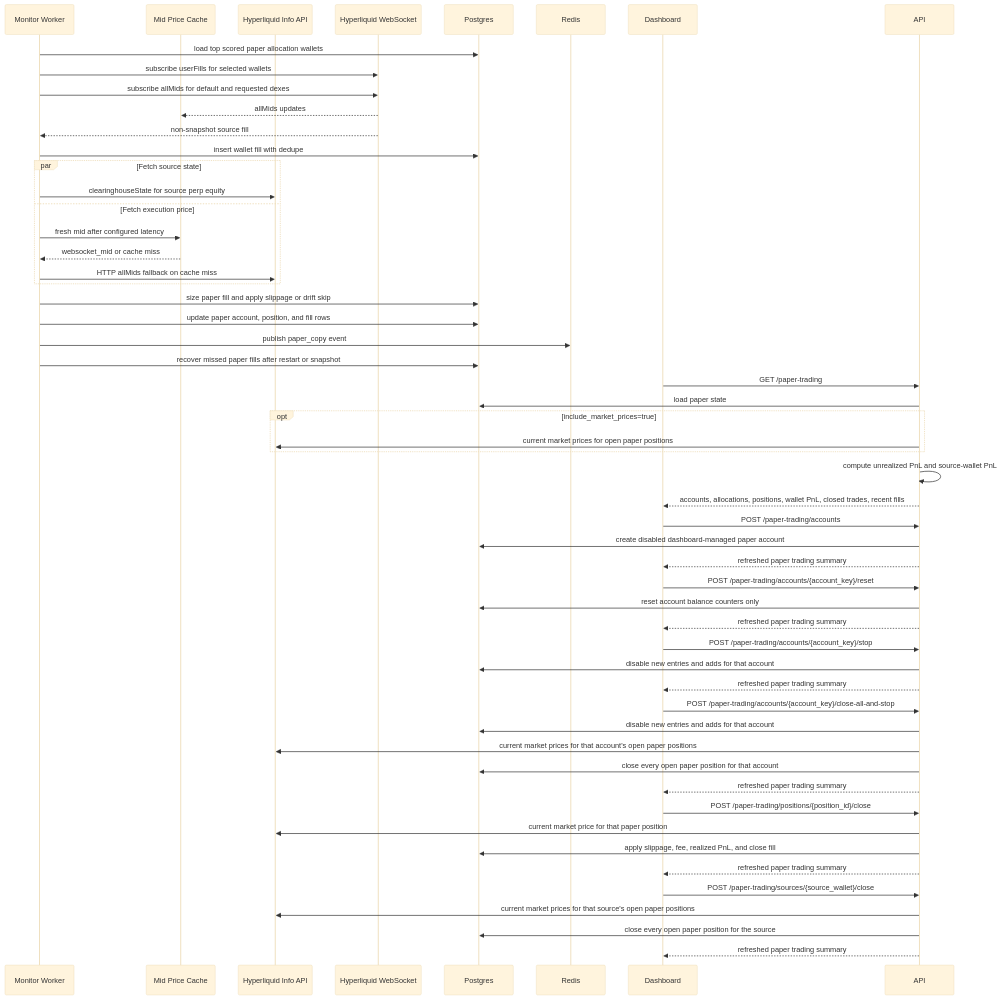
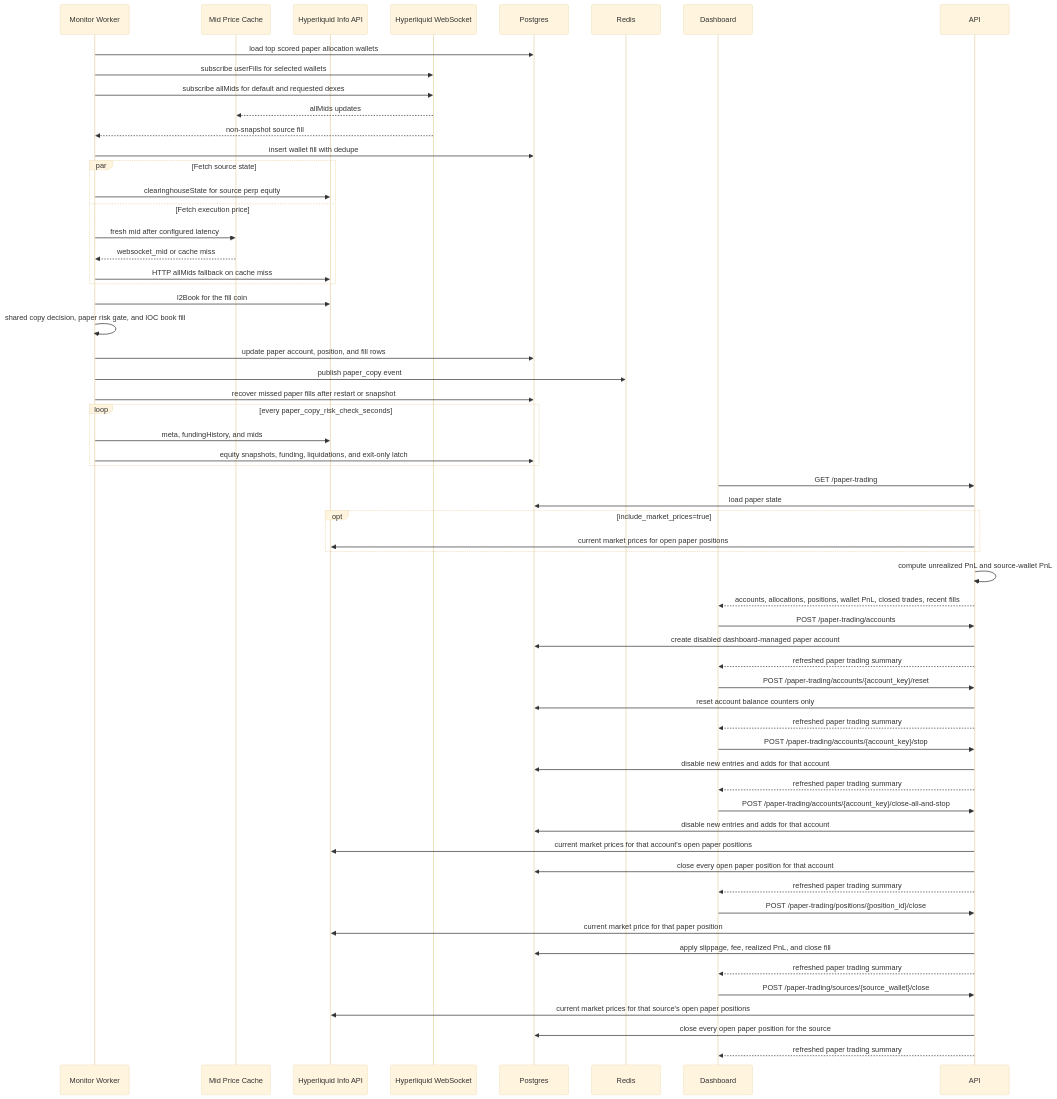
One commit to DrottPoker/copytrading-agent changed the tenth of 10 diagrams in docs/architecture.md. Above: the diagram before and after it, drawn with Mermaid (base theme). The commit also changed other lines of this file and 37 other files, not shown here.

First line of the commit message:
Share copy decisions between paper and live and simulate the paper market

````diff
--- a/docs/architecture.md
+++ b/docs/architecture.md
@@ -975,57 +1002,62 @@
 ```mermaid
 sequenceDiagram
   participant Worker as Monitor Worker
   participant PriceCache as Mid Price Cache
   participant HL as Hyperliquid Info API
   participant WS as Hyperliquid WebSocket
   participant DB as Postgres
   participant Redis as Redis
   participant UI as Dashboard
 
   Worker->>DB: load top scored paper allocation wallets
   Worker->>WS: subscribe userFills for selected wallets
   Worker->>WS: subscribe allMids for default and requested dexes
   WS-->>PriceCache: allMids updates
   WS-->>Worker: non-snapshot source fill
   Worker->>DB: insert wallet fill with dedupe
   par Fetch source state
     Worker->>HL: clearinghouseState for source perp equity
   and Fetch execution price
     Worker->>PriceCache: fresh mid after configured latency
     PriceCache-->>Worker: websocket_mid or cache miss
     Worker->>HL: HTTP allMids fallback on cache miss
   end
-  Worker->>DB: size paper fill and apply slippage or drift skip
+  Worker->>HL: l2Book for the fill coin
+  Worker->>Worker: shared copy decision, paper risk gate, and IOC book fill
   Worker->>DB: update paper account, position, and fill rows
   Worker->>Redis: publish paper_copy event
   Worker->>DB: recover missed paper fills after restart or snapshot
+  loop every paper_copy_risk_check_seconds
+    Worker->>HL: meta, fundingHistory, and mids
+    Worker->>DB: equity snapshots, funding, liquidations, and exit-only latch
+  end
   UI->>API: GET /paper-trading
   API->>DB: load paper state
   opt include_market_prices=true
     API->>HL: current market prices for open paper positions
   end
   API->>API: compute unrealized PnL and source-wallet PnL
   API-->>UI: accounts, allocations, positions, wallet PnL, closed trades, recent fills
   UI->>API: POST /paper-trading/accounts
   API->>DB: create disabled dashboard-managed paper account
   API-->>UI: refreshed paper trading summary
   UI->>API: POST /paper-trading/accounts/{account_key}/reset
   API->>DB: reset account balance counters only
   API-->>UI: refreshed paper trading summary
   UI->>API: POST /paper-trading/accounts/{account_key}/stop
   API->>DB: disable new entries and adds for that account
   API-->>UI: refreshed paper trading summary
   UI->>API: POST /paper-trading/accounts/{account_key}/close-all-and-stop
   API->>DB: disable new entries and adds for that account
   API->>HL: current market prices for that account's open paper positions
   API->>DB: close every open paper position for that account
   API-->>UI: refreshed paper trading summary
   UI->>API: POST /paper-trading/positions/{position_id}/close
   API->>HL: current market price for that paper position
   API->>DB: apply slippage, fee, realized PnL, and close fill
   API-->>UI: refreshed paper trading summary
   UI->>API: POST /paper-trading/sources/{source_wallet}/close
   API->>HL: current market prices for that source's open paper positions
   API->>DB: close every open paper position for the source
   API-->>UI: refreshed paper trading summary
 ```
````
